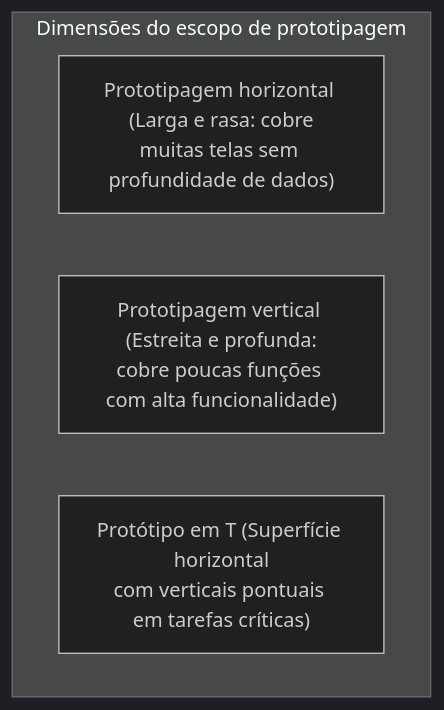
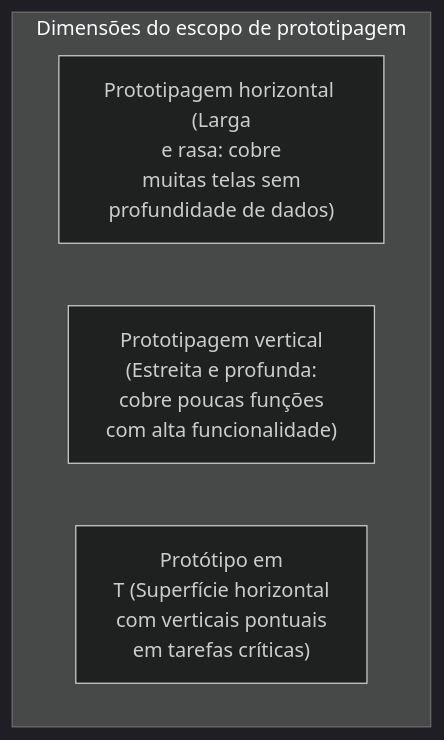
One commit to leorruas/puc changed the second of 3 diagrams in 08. Design de Interacao/13. Prototipagem de sistemas interativos - fidelidade, dimensão, wireframe, mockup e storyboard.md. Above: the diagram before and after it, drawn with Mermaid (dark theme). The commit also changed 5 other files, not shown here.

````diff
--- a/08. Design de Interacao/13. Prototipagem de sistemas interativos - fidelidade, dimensão, wireframe, mockup e storyboard.md
+++ b/08. Design de Interacao/13. Prototipagem de sistemas interativos - fidelidade, dimensão, wireframe, mockup e storyboard.md
@@ -118,8 +118,8 @@
 ```mermaid
 graph TD
     subgraph Escopo ["Dimensões do escopo de prototipagem"]
-        H["Prototipagem horizontal (Larga e rasa: cobre<br>muitas telas sem profundidade de dados)"]
-        V["Prototipagem vertical (Estreita e profunda:<br>cobre poucas funções com alta funcionalidade)"]
-        T["Protótipo em T (Superfície horizontal<br>com verticais pontuais em tarefas críticas)"]
+        H["Prototipagem horizontal (Larga<br>e rasa: cobre<br>muitas telas sem<br>profundidade de dados)"]
+        V["Prototipagem vertical<br>(Estreita e profunda:<br>cobre poucas funções<br>com alta funcionalidade)"]
+        T["Protótipo em<br>T (Superfície horizontal<br>com verticais pontuais<br>em tarefas críticas)"]
     end
 ```
````
